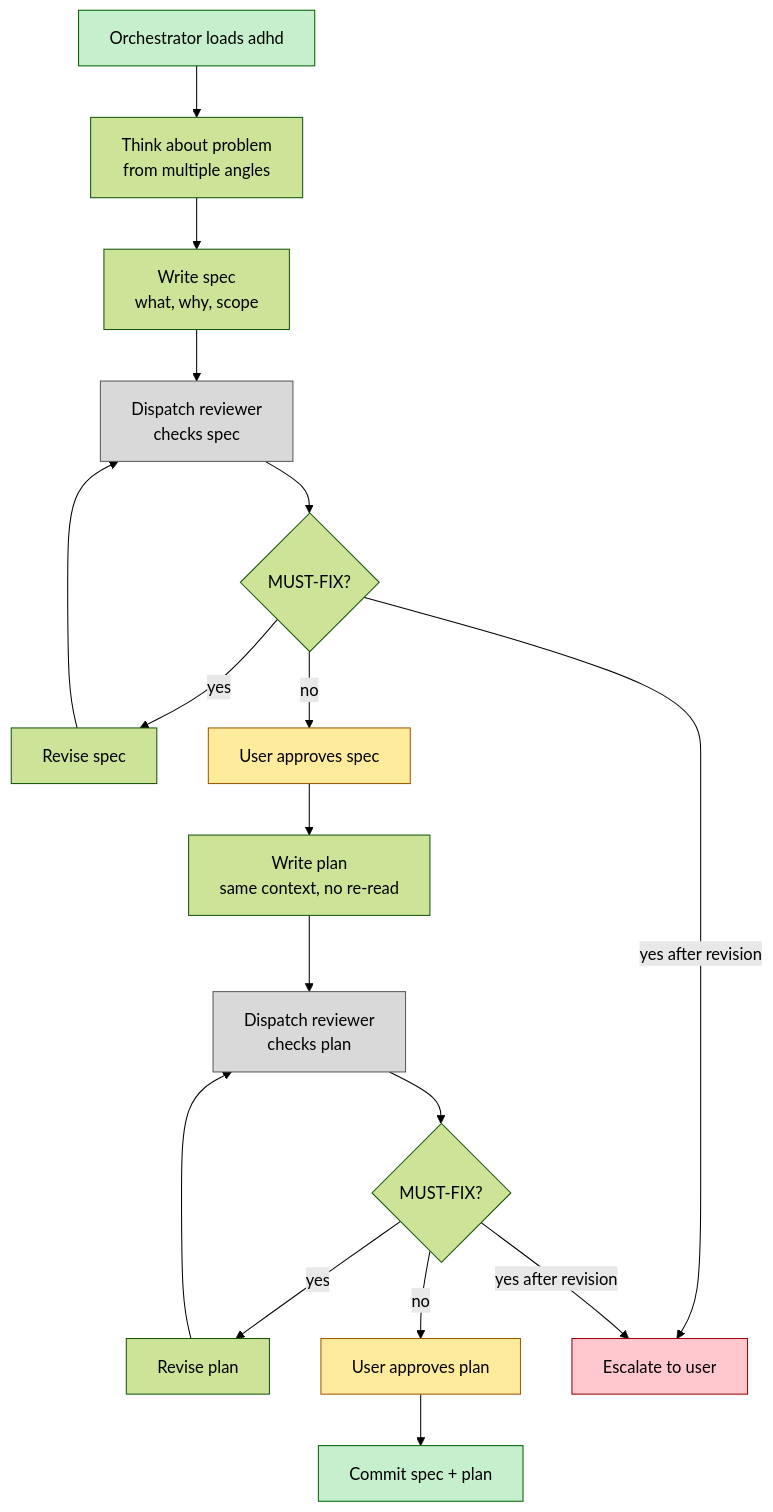
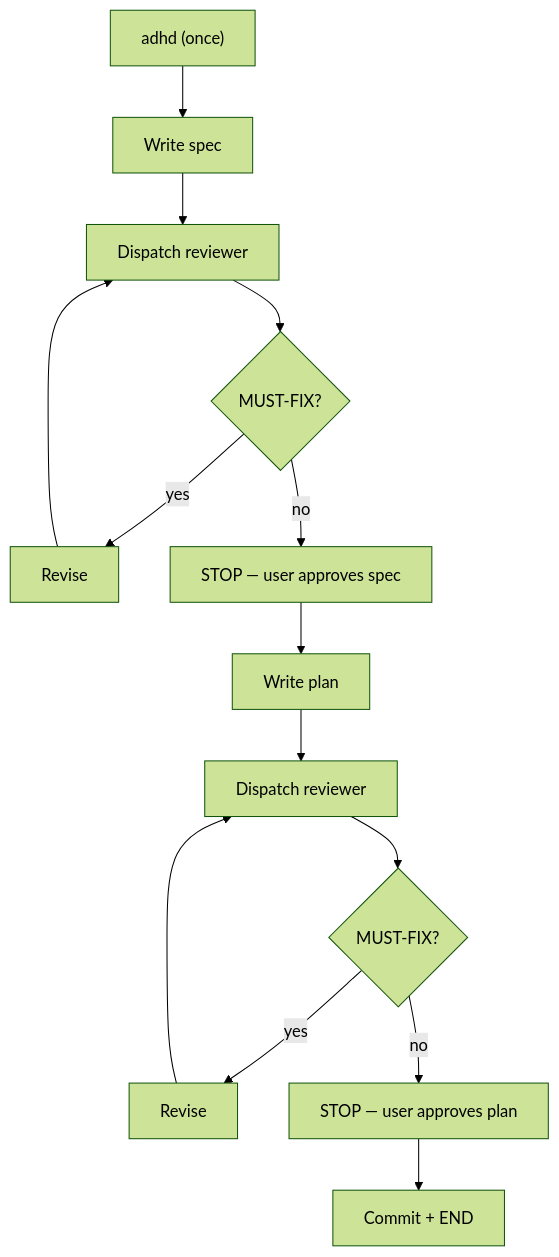
One commit to bperin/project-context changed the second of 3 diagrams in src/workflows/overview.md. Above: the diagram before and after it, drawn with Mermaid (forest theme). The commit also changed other lines of this file and 10 other files, not shown here.

````diff
--- a/src/workflows/overview.md
+++ b/src/workflows/overview.md
@@ -32,27 +21,14 @@
 ```mermaid
 flowchart TD
-    START["Orchestrator loads adhd"] --> THINK["Think about problem<br/>from multiple angles"]
-    THINK --> WRITESPEC["Write spec<br/>what, why, scope"]
-    WRITESPEC --> REV1["Dispatch reviewer<br/>checks spec"]
+    ADHD["adhd (once)"] --> WRITESPEC["Write spec"]
+    WRITESPEC --> REV1["Dispatch reviewer"]
     REV1 --> FIX1{"MUST-FIX?"}
-    FIX1 -->|yes| REVISE1["Revise spec"]
-    REVISE1 --> REV1
-    FIX1 -->|no| GATE1["User approves spec"]
-    GATE1 --> WRITEPLAN["Write plan<br/>same context, no re-read"]
-    WRITEPLAN --> REV2["Dispatch reviewer<br/>checks plan"]
+    FIX1 -->|yes| REVISE1["Revise"] --> REV1
+    FIX1 -->|no| GATE1["STOP — user approves spec"]
+    GATE1 --> WRITEPLAN["Write plan"]
+    WRITEPLAN --> REV2["Dispatch reviewer"]
     REV2 --> FIX2{"MUST-FIX?"}
-    FIX2 -->|yes| REVISE2["Revise plan"]
-    REVISE2 --> REV2
-    FIX2 -->|no| GATE2["User approves plan"]
-    GATE2 --> COMMIT["Commit spec + plan"]
-    FIX1 -->|yes after revision| ESC["Escalate to user"]
-    FIX2 -->|yes after revision| ESC
-
-    style START fill:#C6EFCE,stroke:#006100
-    style COMMIT fill:#C6EFCE,stroke:#006100
-    style ESC fill:#FFC7CE,stroke:#9C0006
-    style GATE1 fill:#FFEB9C,stroke:#9C5700
-    style GATE2 fill:#FFEB9C,stroke:#9C5700
-    style REV1 fill:#D9D9D9,stroke:#595959
-    style REV2 fill:#D9D9D9,stroke:#595959
+    FIX2 -->|yes| REVISE2["Revise"] --> REV2
+    FIX2 -->|no| GATE2["STOP — user approves plan"]
+    GATE2 --> COMMIT["Commit + END"]
 ```
````
